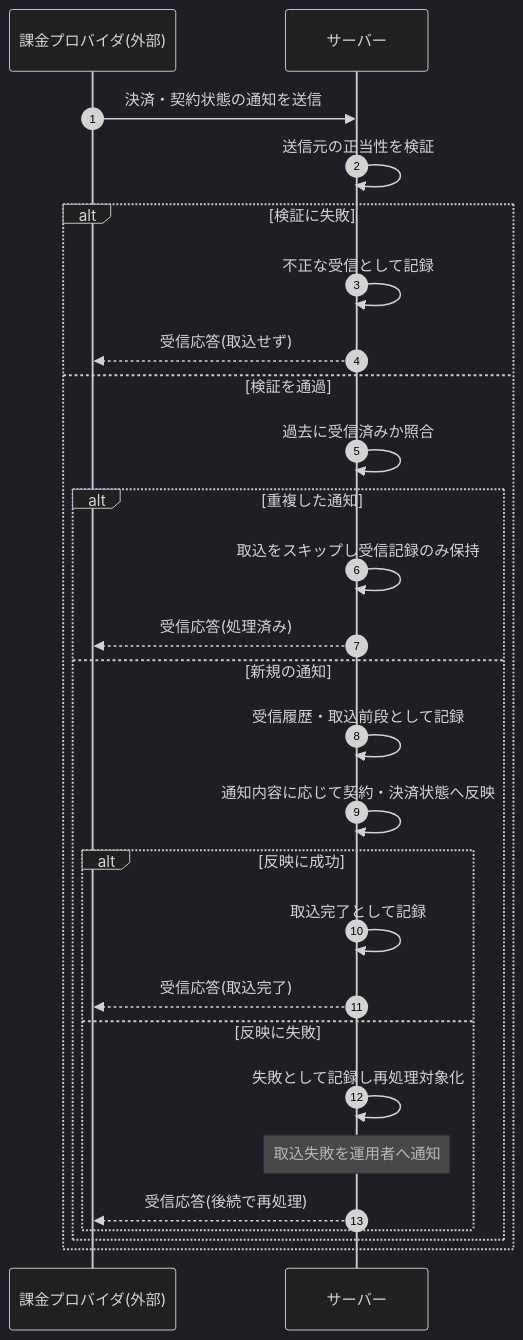
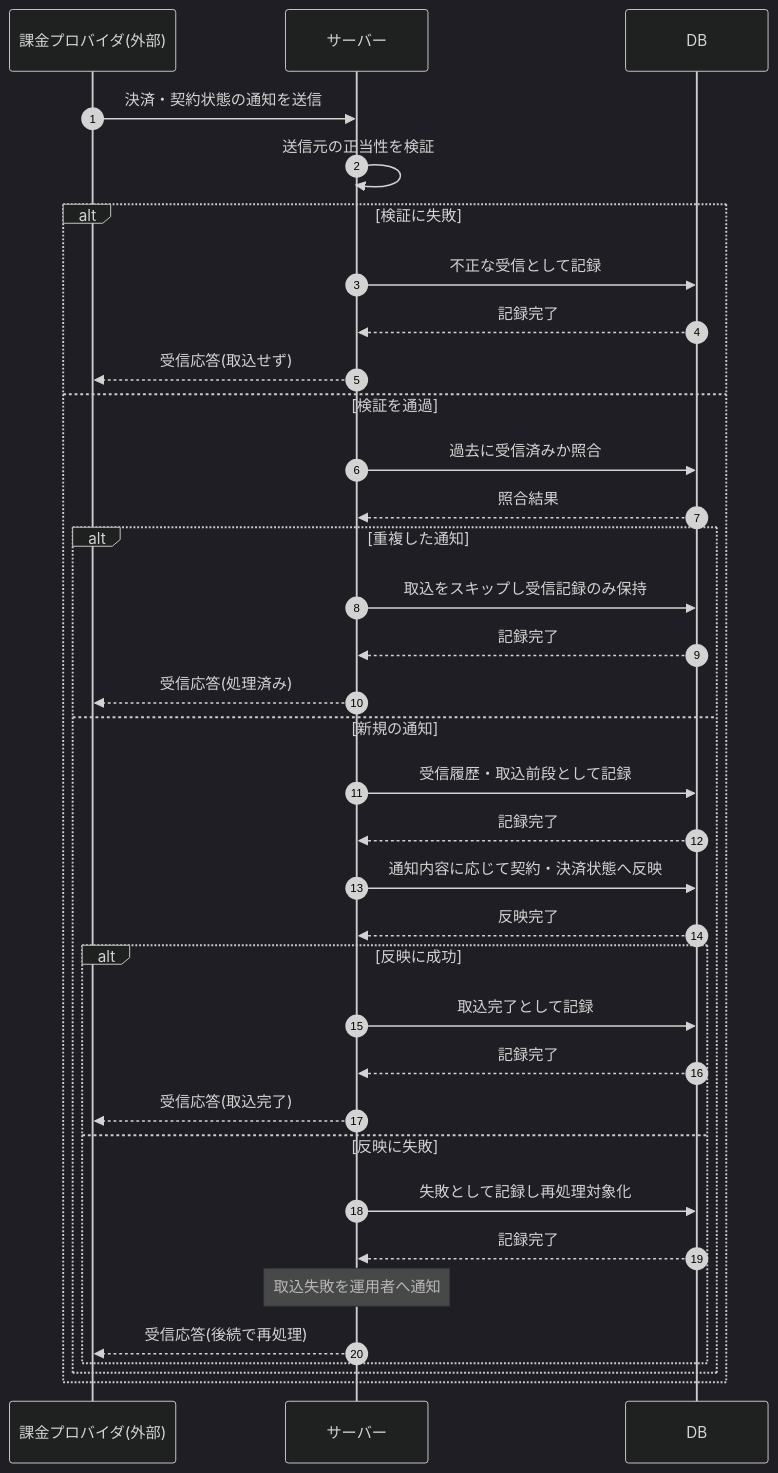
Before and after one commit to sikakou54/open-faq: the diagram in 02_basic_design/03_sequences/SEQ-113.md, drawn with Mermaid (dark theme). The commit also changed other lines of this file and 122 other files, not shown here.

First line of the commit message:
シーケンス図に DB アクターを追加(DB 操作をサーバー自己メッセージから分離)

````diff
--- a/02_basic_design/03_sequences/SEQ-113.md
+++ b/02_basic_design/03_sequences/SEQ-113.md
@@ -26,30 +26,38 @@
 ```mermaid
 sequenceDiagram
   autonumber
   participant EXT as 課金プロバイダ(外部)
   participant Server as サーバー
+  participant DB as DB
 
   EXT->>Server: 決済・契約状態の通知を送信
   Server->>Server: 送信元の正当性を検証
   alt 検証に失敗
-    Server->>Server: 不正な受信として記録
+    Server->>DB: 不正な受信として記録
+    DB-->>Server: 記録完了
     Server-->>EXT: 受信応答(取込せず)
   else 検証を通過
-    Server->>Server: 過去に受信済みか照合
+    Server->>DB: 過去に受信済みか照合
+    DB-->>Server: 照合結果
     alt 重複した通知
-      Server->>Server: 取込をスキップし受信記録のみ保持
+      Server->>DB: 取込をスキップし受信記録のみ保持
+      DB-->>Server: 記録完了
       Server-->>EXT: 受信応答(処理済み)
     else 新規の通知
-      Server->>Server: 受信履歴・取込前段として記録
-      Server->>Server: 通知内容に応じて契約・決済状態へ反映
+      Server->>DB: 受信履歴・取込前段として記録
+      DB-->>Server: 記録完了
+      Server->>DB: 通知内容に応じて契約・決済状態へ反映
+      DB-->>Server: 反映完了
       alt 反映に成功
-        Server->>Server: 取込完了として記録
+        Server->>DB: 取込完了として記録
+        DB-->>Server: 記録完了
         Server-->>EXT: 受信応答(取込完了)
       else 反映に失敗
-        Server->>Server: 失敗として記録し再処理対象化
+        Server->>DB: 失敗として記録し再処理対象化
+        DB-->>Server: 記録完了
         Note over Server: 取込失敗を運用者へ通知
         Server-->>EXT: 受信応答(後続で再処理)
       end
     end
   end
 ```
````
